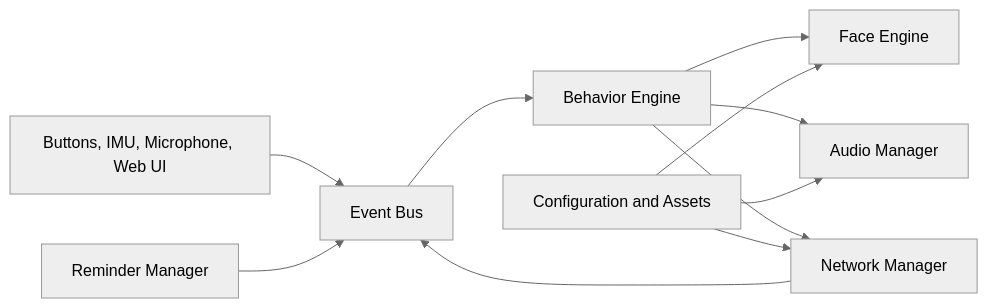
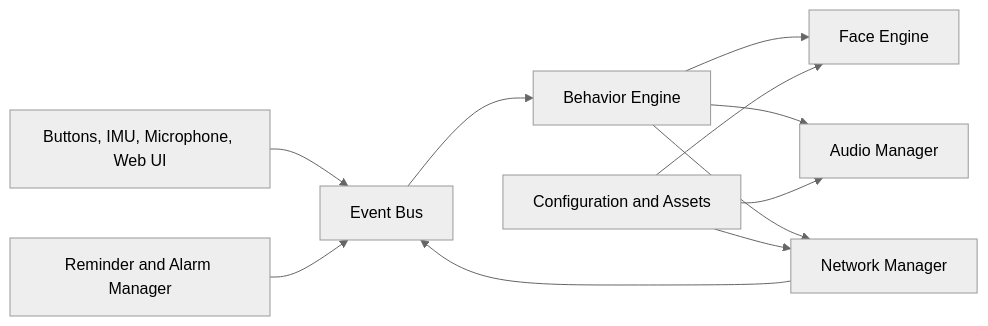
The diagram in Fire-chan_Project_Brief_v0.1.md (gflerm/Fire-Chan), drawn with Mermaid (neutral theme) before and after one commit. The commit also changed other lines of this file and 5 other files, not shown here.

````diff
--- a/Fire-chan_Project_Brief_v0.1.md
+++ b/Fire-chan_Project_Brief_v0.1.md
@@ -101,22 +97,22 @@
 ```mermaid
 flowchart LR
     Inputs[Buttons, IMU, Microphone, Web UI]
     Events[Event Bus]
     Behavior[Behavior Engine]
     Face[Face Engine]
     Audio[Audio Manager]
     Network[Network Manager]
-    Reminders[Reminder Manager]
+    Reminders[Reminder and Alarm Manager]
     Storage[Configuration and Assets]
 
     Inputs --> Events
     Reminders --> Events
     Network --> Events
     Events --> Behavior
     Behavior --> Face
     Behavior --> Audio
     Behavior --> Network
     Storage --> Face
     Storage --> Audio
     Storage --> Network
 ```
````
